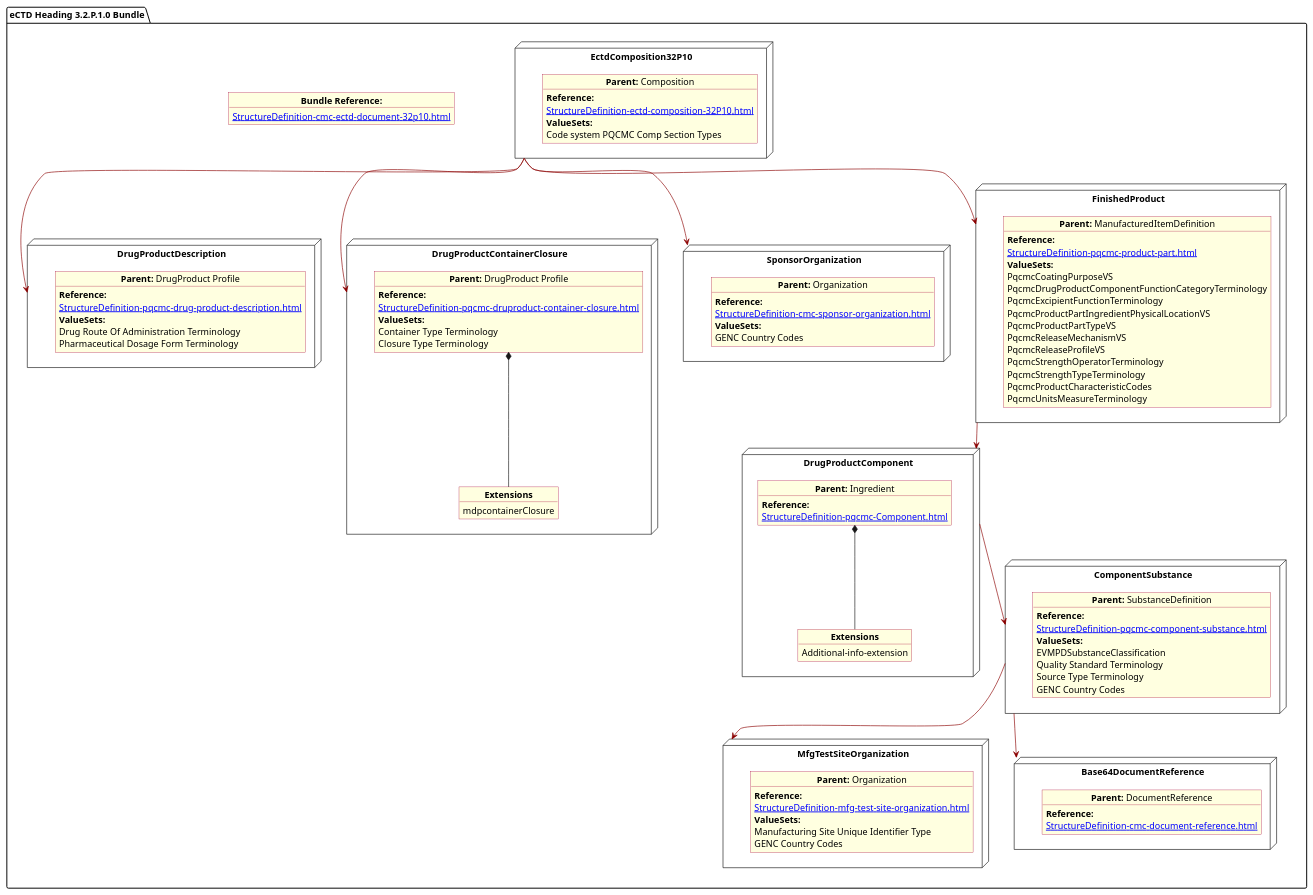
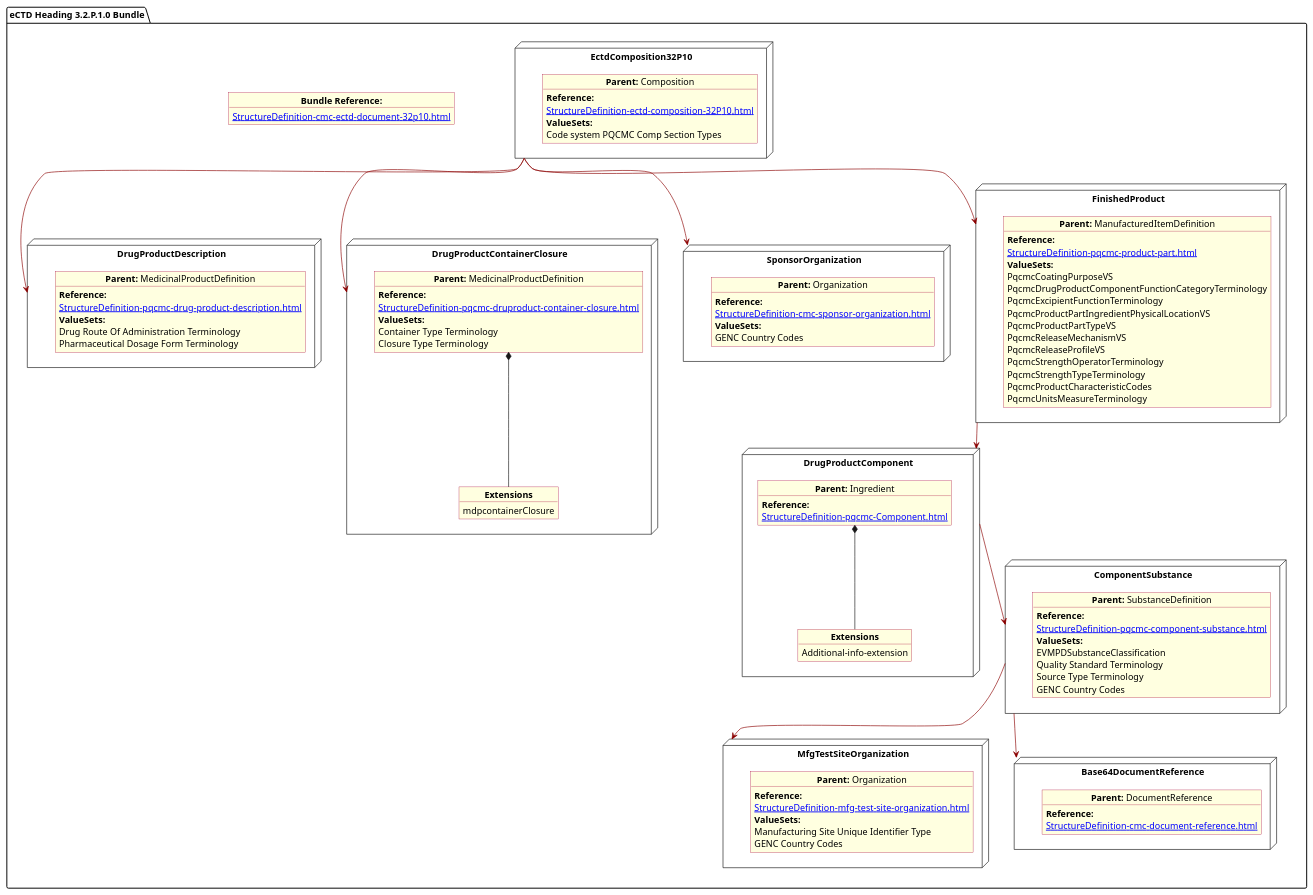
The diagram in input/images-source/ProdDesComp.plantuml (HL7/FHIR-us-pq-cmc-fda), drawn with PlantUML before and after one commit. The commit also changed 30 other files, not shown here.

```diff
--- a/input/images-source/ProdDesComp.plantuml
+++ b/input/images-source/ProdDesComp.plantuml
@@ -1,121 +1,121 @@
 @startuml ProdDesComp
 allowmixing
 'Mixed model of use case and object
 skinparam svgDimensionStyle false
 skinparam ObjectBackgroundColor LightYellow
 skinparam ObjectBorderColor #A80036
 skinparam activityDiamondBorderColor #A80036
 skinparam activityDiamondBackgroundColor lawnGreen
 skinparam ClassBorderThickness 4
 
 package "eCTD Heading 3.2.P.1.0 Bundle" as NODES {
 object "**Bundle Reference:**" as objbun {
               [[StructureDefinition-cmc-ectd-document-32p10.html]]
     }  
   node "DrugProductDescription" as N2 { 
-      object "**Parent:** DrugProduct Profile" as obj2 {
+      object "**Parent:** MedicinalProductDefinition" as obj2 {
          **Reference:**
       [[StructureDefinition-pqcmc-drug-product-description.html]]
         **ValueSets:**
         Drug Route Of Administration Terminology
         Pharmaceutical Dosage Form Terminology
     }
 }
   node "EctdComposition32P10" as N1 { 
       object "**Parent:** Composition" as obj1 {
          **Reference:**
       [[StructureDefinition-ectd-composition-32P10.html]]
       **ValueSets:**
   Code system PQCMC Comp Section Types
     }   
 }
 node "DrugProductContainerClosure" as N21 { 
-      object "**Parent:** DrugProduct Profile" as obj22 {
+      object "**Parent:** MedicinalProductDefinition" as obj22 {
         **Reference:**
       [[StructureDefinition-pqcmc-druproduct-container-closure.html]]
         **ValueSets:**
         Container Type Terminology
         Closure Type Terminology
     }
     object "**Extensions**" as objEx {
         mdpcontainerClosure
     }
     obj22 *-- objEx
 }
 
 node "SponsorOrganization" as NSO { 
       object "**Parent:** Organization" as objAu {
          **Reference:**
       [[StructureDefinition-cmc-sponsor-organization.html]]
         **ValueSets:**
         GENC Country Codes
     }
 }
 node "FinishedProduct"as MID {
 object "**Parent:** ManufacturedItemDefinition" as objMID { 
          **Reference:**
       [[StructureDefinition-pqcmc-product-part.html]]
       **ValueSets:**
       PqcmcCoatingPurposeVS
       PqcmcDrugProductComponentFunctionCategoryTerminology
       PqcmcExcipientFunctionTerminology
       PqcmcProductPartIngredientPhysicalLocationVS
       PqcmcProductPartTypeVS
       PqcmcReleaseMechanismVS
       PqcmcReleaseProfileVS
       PqcmcStrengthOperatorTerminology
       PqcmcStrengthTypeTerminology
       PqcmcProductCharacteristicCodes
       PqcmcUnitsMeasureTerminology
       }
 }
 node "MfgTestSiteOrganization" as NMFG { 
       object "**Parent:** Organization" as objDP {
            **Reference:**
       [[StructureDefinition-mfg-test-site-organization.html]]
          **ValueSets:**
         Manufacturing Site Unique Identifier Type
 	    GENC Country Codes
     }
 }
 
 node "DrugProductComponent" as NN { 
       object "**Parent:** Ingredient" as obj3 {
            **Reference:**
       [[StructureDefinition-pqcmc-Component.html]]
       }
       object "**Extensions**" as objExs {
         Additional-info-extension
     }
     obj3 *-- objExs
 }
 
 node "ComponentSubstance" as NCS { 
       object "**Parent:** SubstanceDefinition" as objSubDef {
            **Reference:**
       [[StructureDefinition-pqcmc-component-substance.html]]
         **ValueSets:**
         EVMPDSubstanceClassification
         Quality Standard Terminology
         Source Type Terminology
         GENC Country Codes
     }
 }
 node "Base64DocumentReference" as NB64 { 
       object "**Parent:** DocumentReference"  as obj64 {  
        **Reference:**
       [[StructureDefinition-cmc-document-reference.html]] 
     }   
 }
 
 
 
 N1 -[#darkred]-> N2
 N1 -[#darkred]-> MID
 N1 -[#darkred]-> NSO
 N1 -[#darkred]-> N21
 MID -[#darkred]-> NN
 NCS -[#darkred]-> NMFG
 NN -[#darkred]-> NCS
 NCS -[#darkred]-> NB64
 @enduml
```
